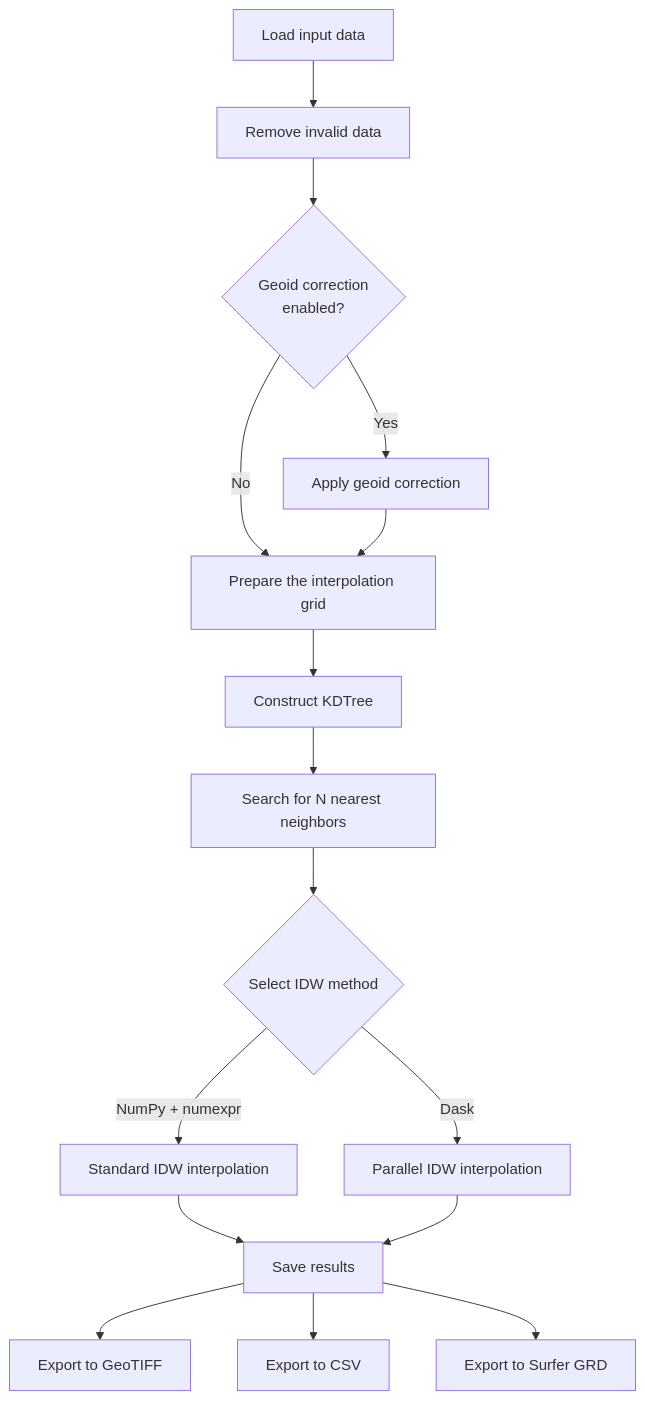
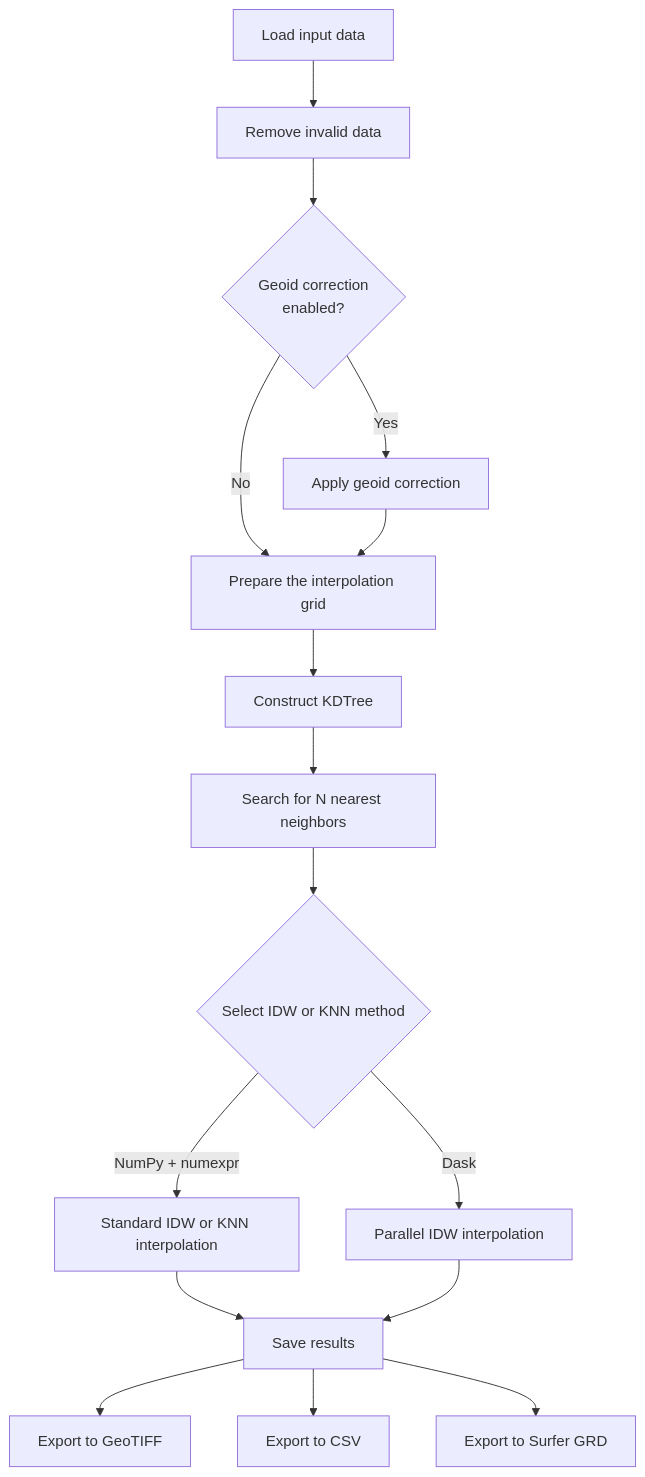
One commit to ZSIP/FIDWaC changed the first of 2 diagrams in README.md. Above: the diagram before and after it, drawn with Mermaid.

````diff
--- a/README.md
+++ b/README.md
@@ -176,18 +176,18 @@
 ```mermaid
 graph TB
     A[Load input data] --> B[Remove invalid data]
     B --> B1{Geoid correction<br>enabled?}
     B1 -->|Yes| B2[Apply geoid correction]
     B1 -->|No| C
     B2 --> C[Prepare the interpolation grid]
     C --> D[Construct KDTree]
     D --> E[Search for N nearest neighbors]
-    E --> F{Select IDW method}
-    F -->|NumPy + numexpr| G1[Standard IDW interpolation]
+    E --> F{Select IDW or KNN method}
+    F -->|NumPy + numexpr| G1[Standard IDW or KNN interpolation]
     F -->|Dask| G2[Parallel IDW interpolation]
     G1 --> H[Save results]
     G2 --> H
     H --> I[Export to GeoTIFF]
     H --> J[Export to CSV]
     H --> K[Export to Surfer GRD]
 ```
````
